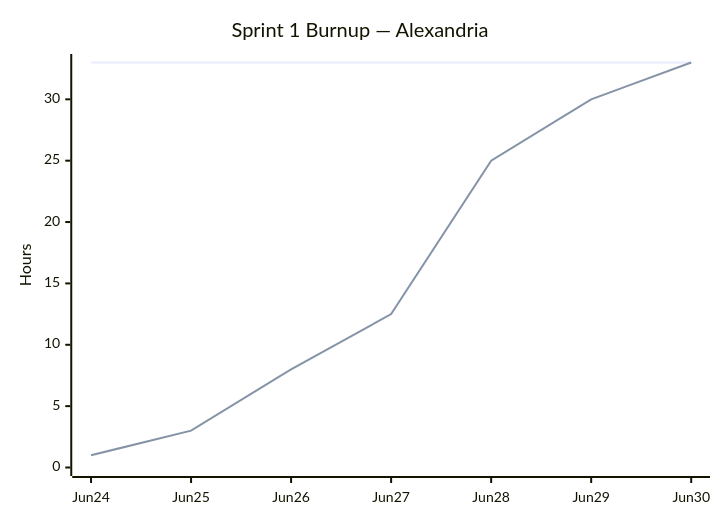
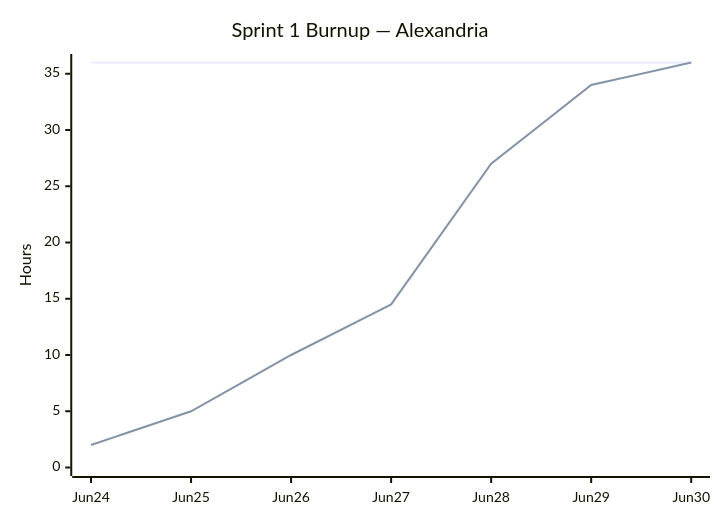
One commit to ucsc-cse115a-alexandria/alexandria changed the diagram in docs/sprint-1-report.md. Above: the diagram before and after it, drawn with Mermaid. The commit also changed other lines of this file, not shown here.

Commit message:
docs: update actual work hours and total in Sprint 1 report for accuracy

````diff
--- a/docs/sprint-1-report.md
+++ b/docs/sprint-1-report.md
@@ -69,8 +69,8 @@
 ```mermaid
 xychart-beta
     title "Sprint 1 Burnup — Alexandria"
     x-axis [Jun24, Jun25, Jun26, Jun27, Jun28, Jun29, Jun30]
-    y-axis "Hours" 0 --> 33
-    line [33, 33, 33, 33, 33, 33, 33]
-    line [1, 3, 8, 12.5, 25, 30, 33]
+    y-axis "Hours" 0 --> 36
+    line [36, 36, 36, 36, 36, 36, 36]
+    line [2, 5, 10, 14.5, 27, 34, 36]
 ```
````
